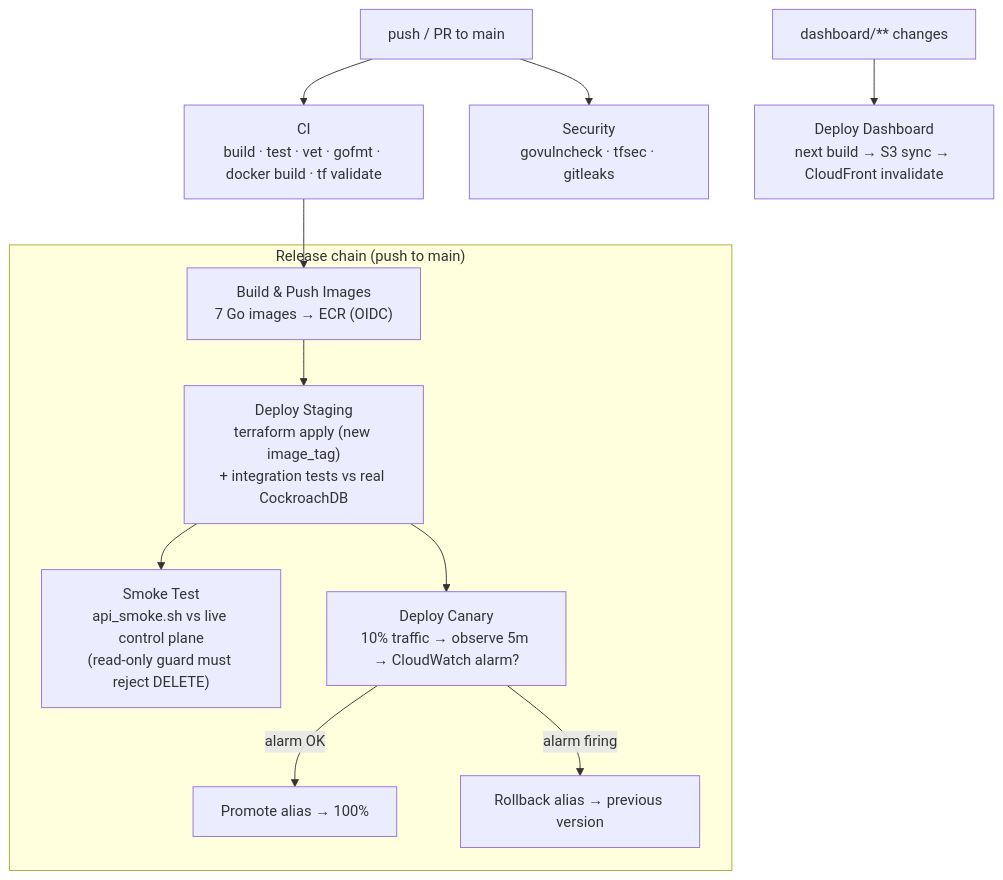
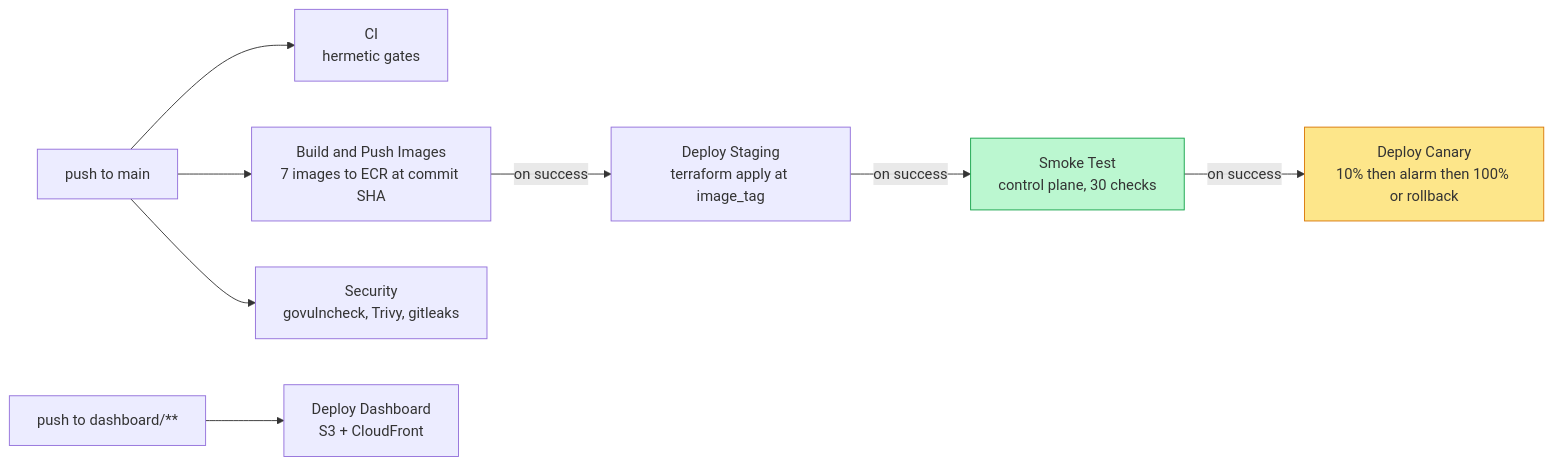
One commit to lethingochan27925/hivemind changed the first of 2 diagrams in docs/CICD.md. Above: the diagram before and after it, drawn with Mermaid. The commit also changed other lines of this file and 151 other files, not shown here.

````diff
--- a/docs/CICD.md
+++ b/docs/CICD.md
@@ -7,17 +9,13 @@
 ```mermaid
-flowchart TD
-    push["push / PR to main"] --> ci["CI<br/>build · test · vet · gofmt · docker build · tf validate"]
-    push --> sec["Security<br/>govulncheck · tfsec · gitleaks"]
+flowchart LR
+    push["push to main"] --> CI["CI<br/>hermetic gates"]
+    push --> BP["Build and Push Images<br/>7 images to ECR at commit SHA"]
+    BP -->|on success| DS["Deploy Staging<br/>terraform apply at image_tag"]
+    DS -->|on success| SM["Smoke Test<br/>control plane, 30 checks"]
+    SM -->|on success| CN["Deploy Canary<br/>10% then alarm then 100% or rollback"]
+    push --> SEC["Security<br/>govulncheck, Trivy, gitleaks"]
+    dash["push to dashboard/**"] --> DD["Deploy Dashboard<br/>S3 + CloudFront"]
 
-    subgraph release["Release chain (push to main)"]
-        bp["Build & Push Images<br/>7 Go images → ECR (OIDC)"]
-        bp --> stg["Deploy Staging<br/>terraform apply (new image_tag)<br/>+ integration tests vs real CockroachDB"]
-        stg --> smoke["Smoke Test<br/>api_smoke.sh vs live control plane<br/>(read-only guard must reject DELETE)"]
-        stg --> canary["Deploy Canary<br/>10% traffic → observe 5m → CloudWatch alarm?"]
-        canary -->|alarm OK| promote["Promote alias → 100%"]
-        canary -->|alarm firing| rollback["Rollback alias → previous version"]
-    end
-
-    ci --> bp
-    dash["dashboard/** changes"] --> dd["Deploy Dashboard<br/>next build → S3 sync → CloudFront invalidate"]
+    style CN fill:#fde68a,stroke:#d97706
+    style SM fill:#bbf7d0,stroke:#16a34a
 ```
````
